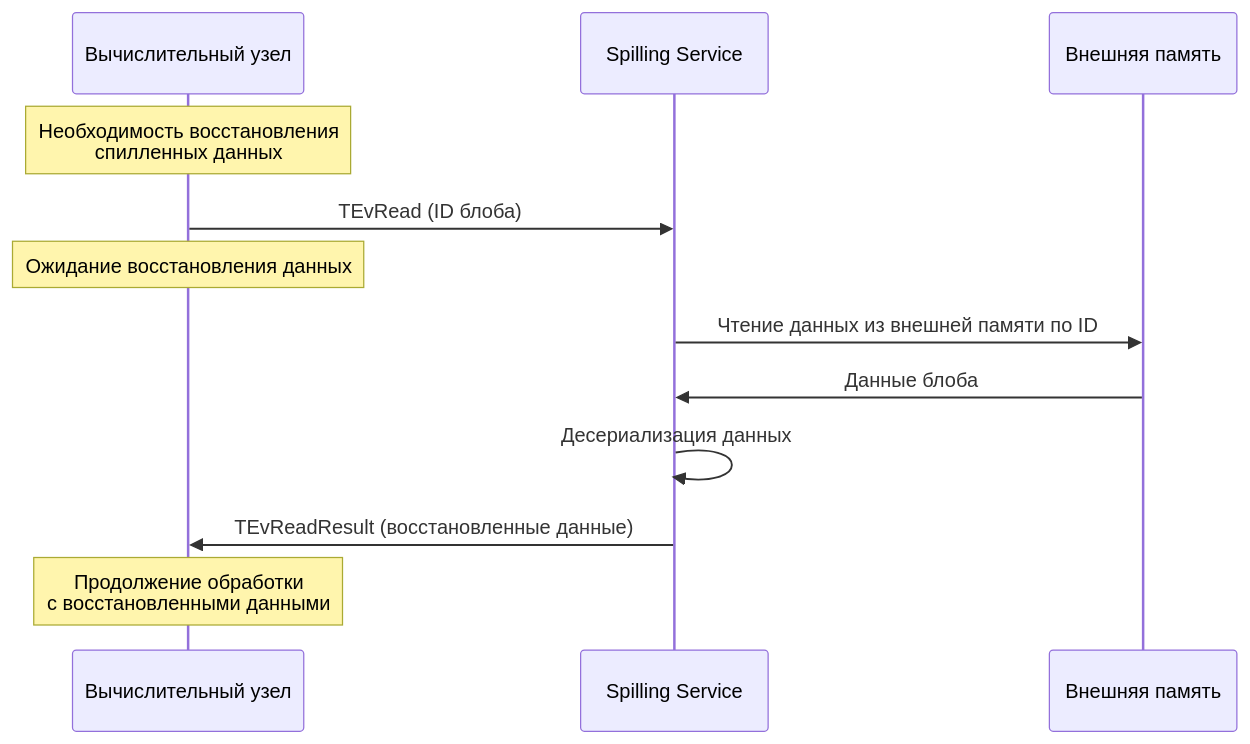
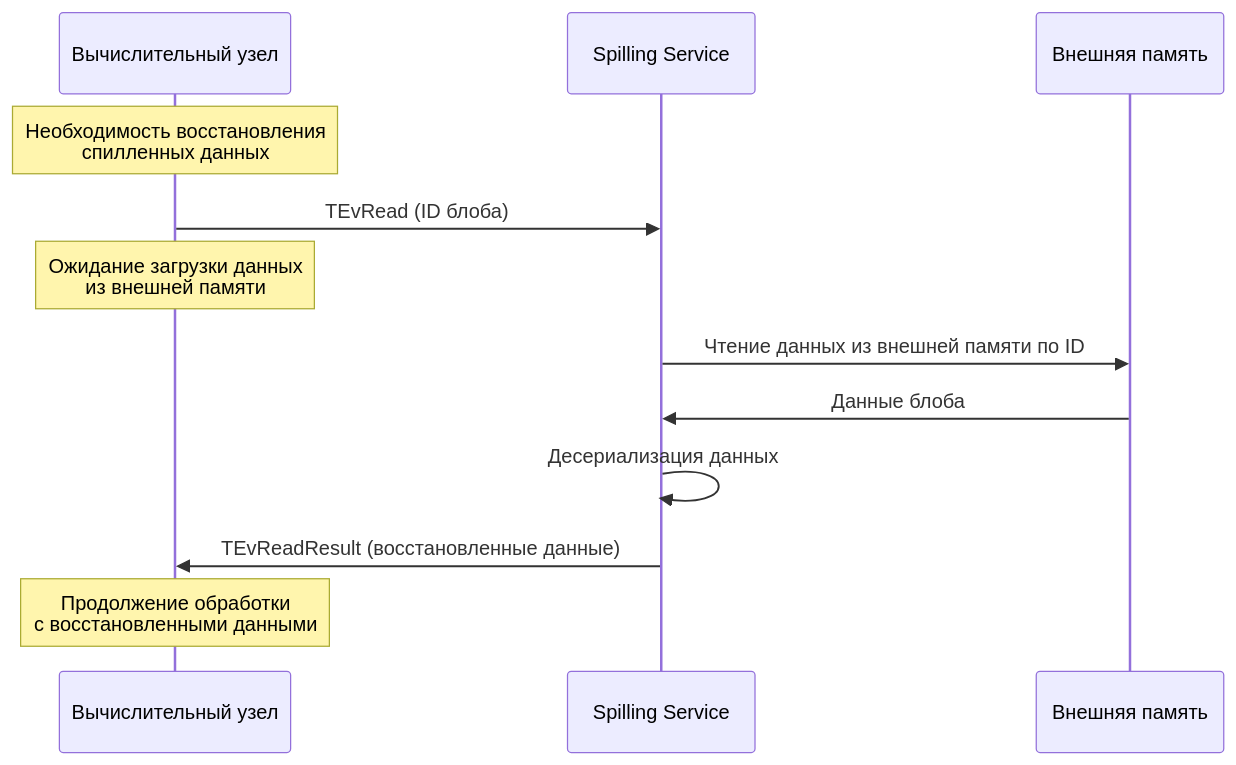
The second of 2 diagrams in ydb/docs/ru/core/concepts/spilling.md (ydb-platform/ydb), drawn with Mermaid before and after one commit. The commit also changed other lines of this file and 1 other file, not shown here.

````diff
--- a/ydb/docs/ru/core/concepts/spilling.md
+++ b/ydb/docs/ru/core/concepts/spilling.md
@@ -113,15 +113,15 @@
 ```mermaid
 sequenceDiagram
     participant CN as Вычислительный узел
     participant SS as Spilling Service
     participant FS as Внешняя память
 
     Note over CN: Необходимость восстановления<br/>спилленных данных
     CN->>SS: TEvRead (ID блоба)
-    Note over CN: Ожидание восстановления данных
+    Note over CN: Ожидание загрузки данных<br/>из внешней памяти
     SS->>FS: Чтение данных из внешней памяти по ID
     FS->>SS: Данные блоба
     SS->>SS: Десериализация данных
     SS->>CN: TEvReadResult (восстановленные данные)
     Note over CN: Продолжение обработки<br/>с восстановленными данными
 ```
````
